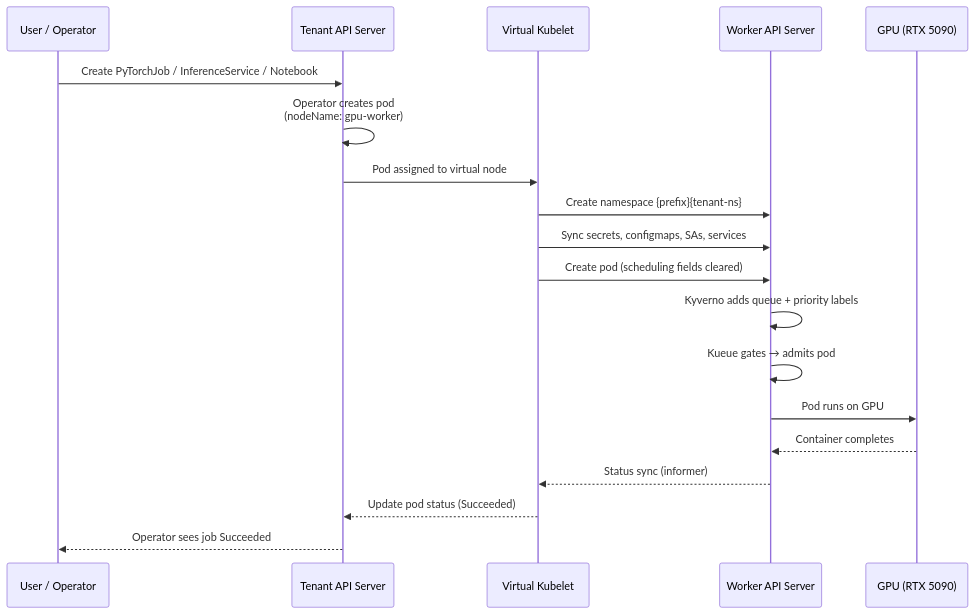
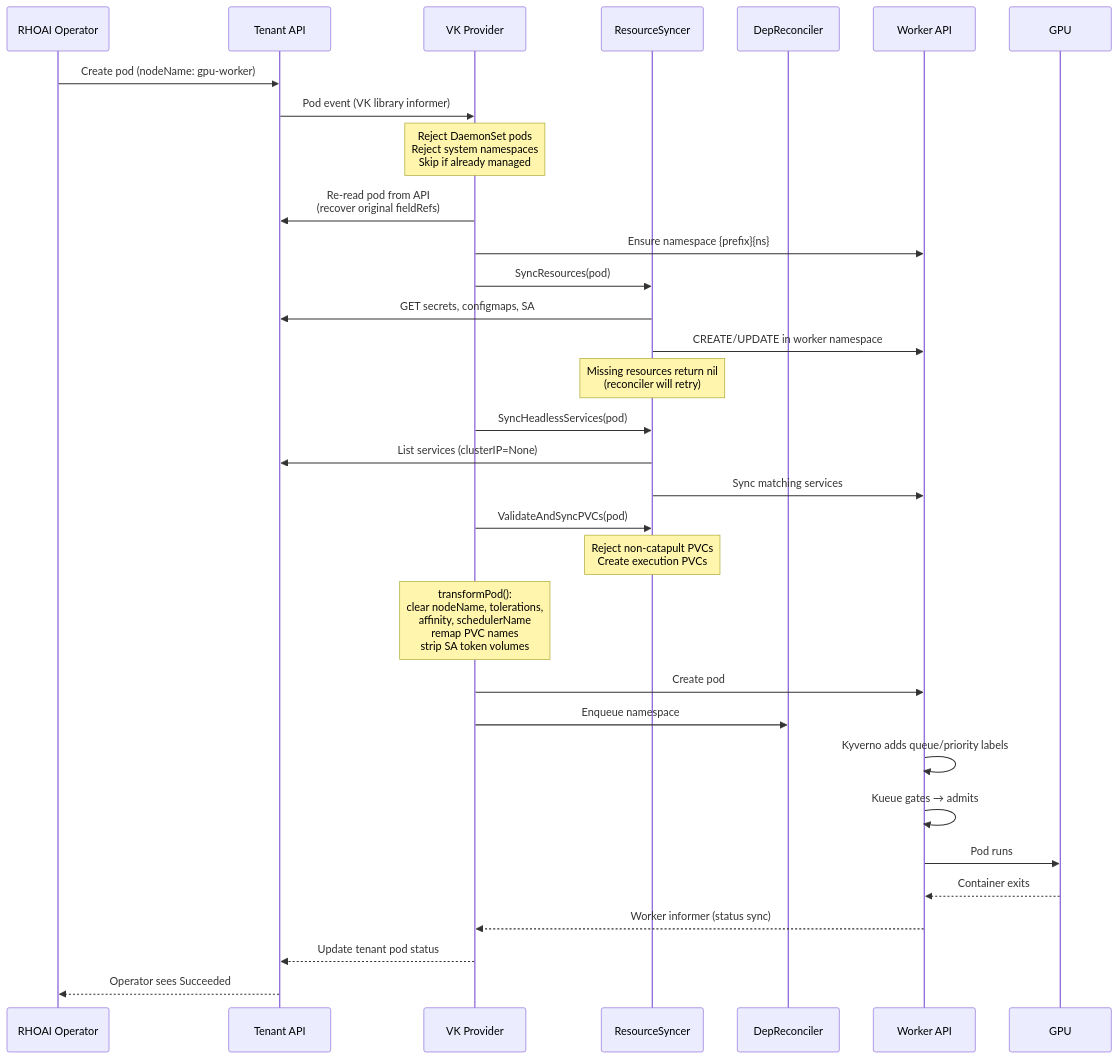
The third of 3 diagrams in README.md (jangel97/crc-lab-gpuaas), drawn with Mermaid before and after one commit. The commit also changed other lines of this file, not shown here.

First line of the commit message:
Add VK architecture section with internal component and dispatch diagrams

````diff
--- a/README.md
+++ b/README.md
@@ -101,25 +150,44 @@
 ```mermaid
 sequenceDiagram
-    participant User as User / Operator
-    participant Tenant as Tenant API Server
-    participant VK as Virtual Kubelet
-    participant Worker as Worker API Server
-    participant GPU as GPU (RTX 5090)
+    participant Op as RHOAI Operator
+    participant T as Tenant API
+    participant VK as VK Provider
+    participant S as ResourceSyncer
+    participant R as DepReconciler
+    participant W as Worker API
+    participant GPU as GPU
 
-    User->>Tenant: Create PyTorchJob / InferenceService / Notebook
-    Tenant->>Tenant: Operator creates pod<br/>(nodeName: gpu-worker)
-    Tenant->>VK: Pod assigned to virtual node
+    Op->>T: Create pod (nodeName: gpu-worker)
+    T->>VK: Pod event (VK library informer)
 
-    VK->>Worker: Create namespace {prefix}{tenant-ns}
-    VK->>Worker: Sync secrets, configmaps, SAs, services
-    VK->>Worker: Create pod (scheduling fields cleared)
+    Note over VK: Reject DaemonSet pods<br/>Reject system namespaces<br/>Skip if already managed
 
-    Worker->>Worker: Kyverno adds queue + priority labels
-    Worker->>Worker: Kueue gates → admits pod
-    Worker->>GPU: Pod runs on GPU
+    VK->>T: Re-read pod from API<br/>(recover original fieldRefs)
+    VK->>W: Ensure namespace {prefix}{ns}
 
-    GPU-->>Worker: Container completes
-    Worker-->>VK: Status sync (informer)
-    VK-->>Tenant: Update pod status (Succeeded)
-    Tenant-->>User: Operator sees job Succeeded
+    VK->>S: SyncResources(pod)
+    S->>T: GET secrets, configmaps, SA
+    S->>W: CREATE/UPDATE in worker namespace
+    Note over S: Missing resources return nil<br/>(reconciler will retry)
+
+    VK->>S: SyncHeadlessServices(pod)
+    S->>T: List services (clusterIP=None)
+    S->>W: Sync matching services
+
+    VK->>S: ValidateAndSyncPVCs(pod)
+    Note over S: Reject non-catapult PVCs<br/>Create execution PVCs
+
+    Note over VK: transformPod():<br/>clear nodeName, tolerations,<br/>affinity, schedulerName<br/>remap PVC names<br/>strip SA token volumes
+
+    VK->>W: Create pod
+    VK->>R: Enqueue namespace
+
+    W->>W: Kyverno adds queue/priority labels
+    W->>W: Kueue gates → admits
+    W->>GPU: Pod runs
+
+    GPU-->>W: Container exits
+    W-->>VK: Worker informer (status sync)
+    VK-->>T: Update tenant pod status
+    T-->>Op: Operator sees Succeeded
 ```
````
